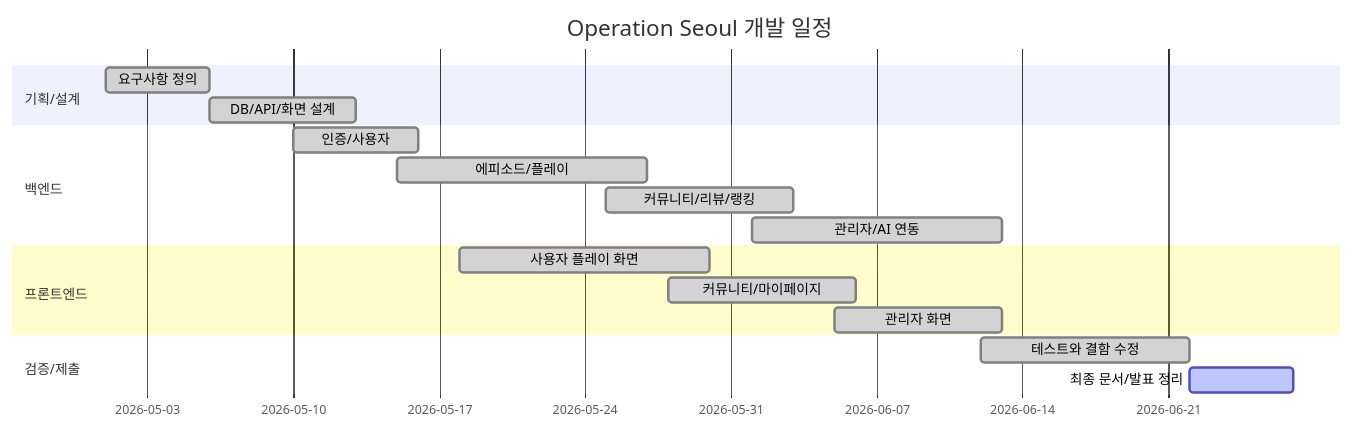
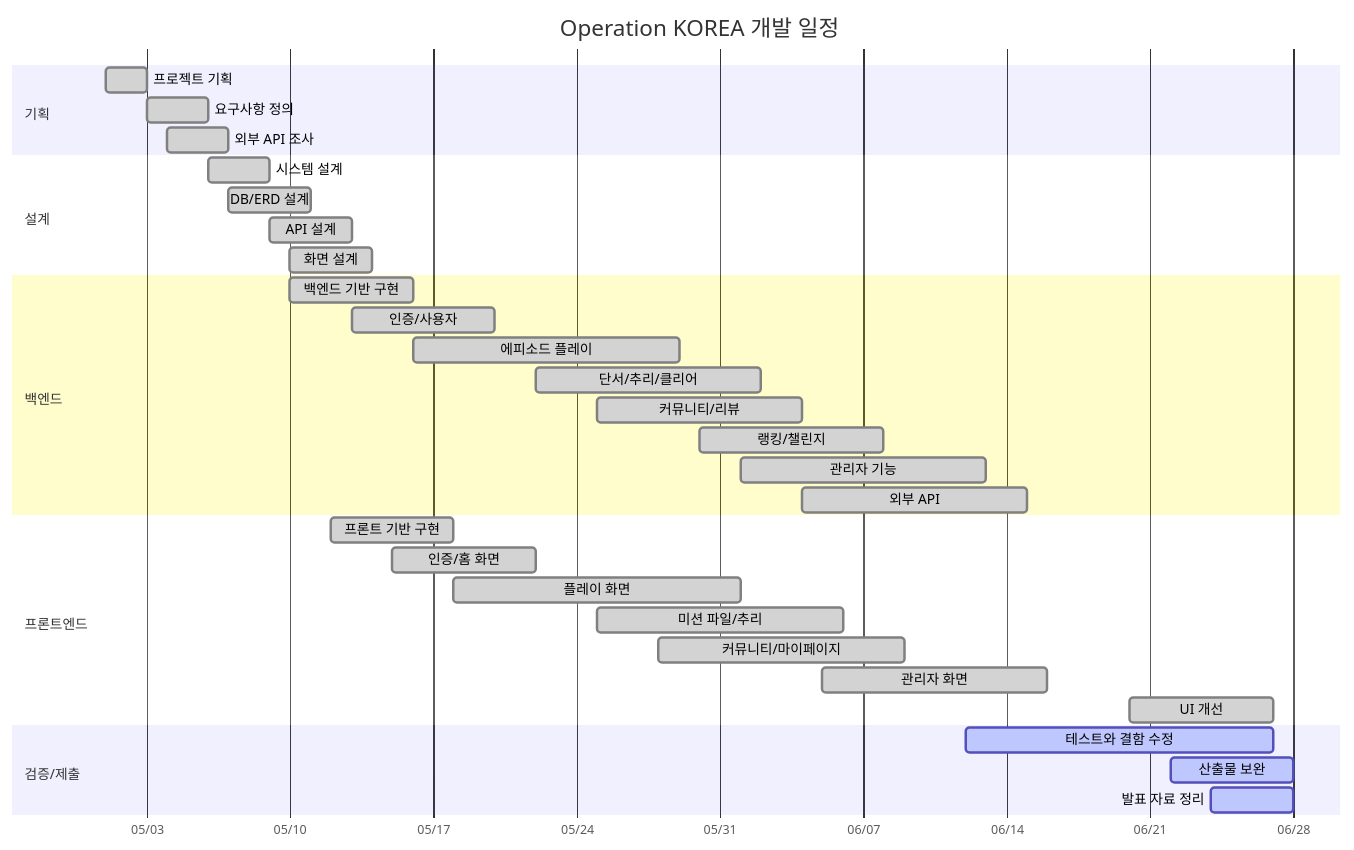
One commit to kanghyunsoon/operation-seoul changed the diagram in docs/03_WBS_AND_GANTT.md. Above: the diagram before and after it, drawn with Mermaid. The commit also changed other lines of this file and 84 other files, not shown here.

````diff
--- a/docs/03_WBS_AND_GANTT.md
+++ b/docs/03_WBS_AND_GANTT.md
@@ -29,20 +36,41 @@
 ```mermaid
 gantt
-    title Operation Seoul 개발 일정
+    title Operation KOREA 개발 일정
     dateFormat  YYYY-MM-DD
-    section 기획/설계
-    요구사항 정의              :done,    req, 2026-05-01, 5d
-    DB/API/화면 설계           :done,    des, 2026-05-06, 7d
+    axisFormat  %m/%d
+
+    section 기획
+    프로젝트 기획                 :done, p0, 2026-05-01, 2d
+    요구사항 정의                 :done, p1, 2026-05-03, 3d
+    외부 API 조사                 :done, p2, 2026-05-04, 3d
+
+    section 설계
+    시스템 설계                   :done, d0, 2026-05-06, 3d
+    DB/ERD 설계                   :done, d1, 2026-05-07, 4d
+    API 설계                      :done, d2, 2026-05-09, 4d
+    화면 설계                     :done, d3, 2026-05-10, 4d
+
     section 백엔드
-    인증/사용자                :done,    be1, 2026-05-10, 6d
-    에피소드/플레이             :done,    be2, 2026-05-15, 12d
-    커뮤니티/리뷰/랭킹          :done,    be3, 2026-05-25, 9d
-    관리자/AI 연동              :done,    be4, 2026-06-01, 12d
+    백엔드 기반 구현              :done, b0, 2026-05-10, 6d
+    인증/사용자                   :done, b1, 2026-05-13, 7d
+    에피소드 플레이               :done, b2, 2026-05-16, 13d
+    단서/추리/클리어              :done, b3, 2026-05-22, 11d
+    커뮤니티/리뷰                 :done, b4, 2026-05-25, 10d
+    랭킹/챌린지         :done, b5, 2026-05-30, 9d
+    관리자 기능                   :done, b6, 2026-06-01, 12d
+    외부 API                      :done, b7, 2026-06-04, 11d
+
     section 프론트엔드
-    사용자 플레이 화면          :done,    fe1, 2026-05-18, 12d
-    커뮤니티/마이페이지          :done,    fe2, 2026-05-28, 9d
-    관리자 화면                 :done,    fe3, 2026-06-05, 8d
+    프론트 기반 구현              :done, f0, 2026-05-12, 6d
+    인증/홈 화면                  :done, f1, 2026-05-15, 7d
+    플레이 화면                   :done, f2, 2026-05-18, 14d
+    미션 파일/추리                :done, f3, 2026-05-25, 12d
+    커뮤니티/마이페이지           :done, f4, 2026-05-28, 12d
+    관리자 화면                   :done, f5, 2026-06-05, 11d
+    UI 개선                       :done, f6, 2026-06-20, 7d
+
     section 검증/제출
-    테스트와 결함 수정           :done,    qa, 2026-06-12, 10d
-    최종 문서/발표 정리          :active,  doc, 2026-06-22, 5d
+    테스트와 결함 수정            :active, q0, 2026-06-12, 15d
+    산출물 보완                   :active, q1, 2026-06-22, 6d
+    발표 자료 정리                :active, q2, 2026-06-24, 4d
 ```
````
